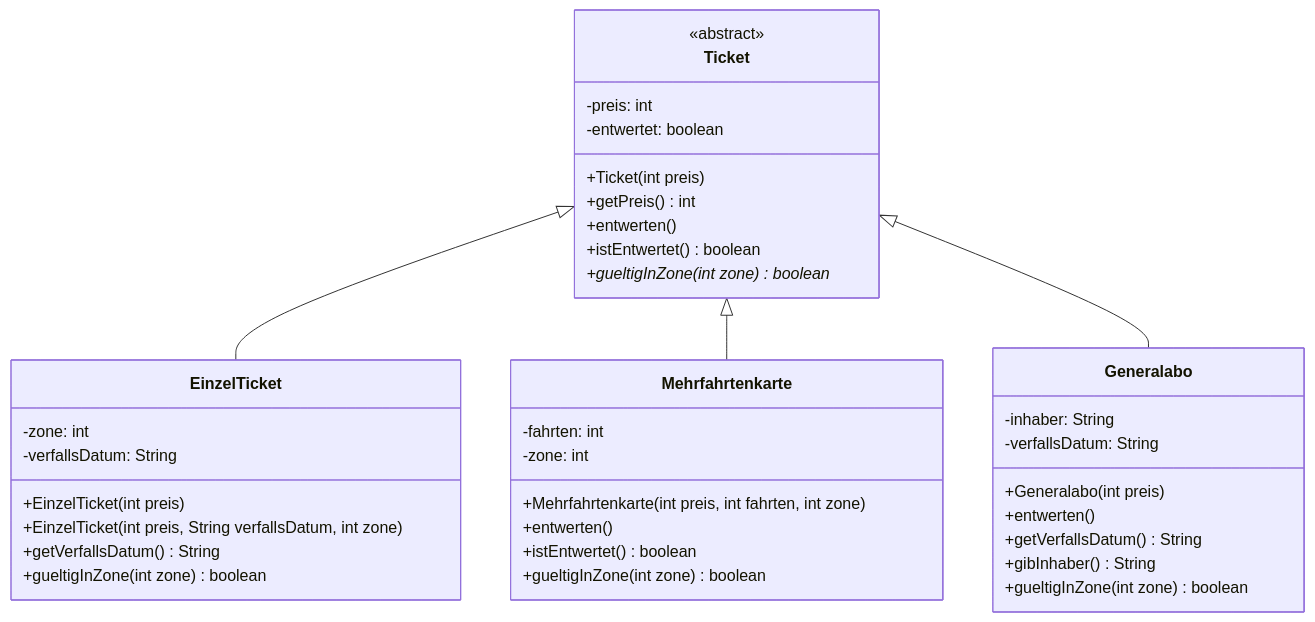
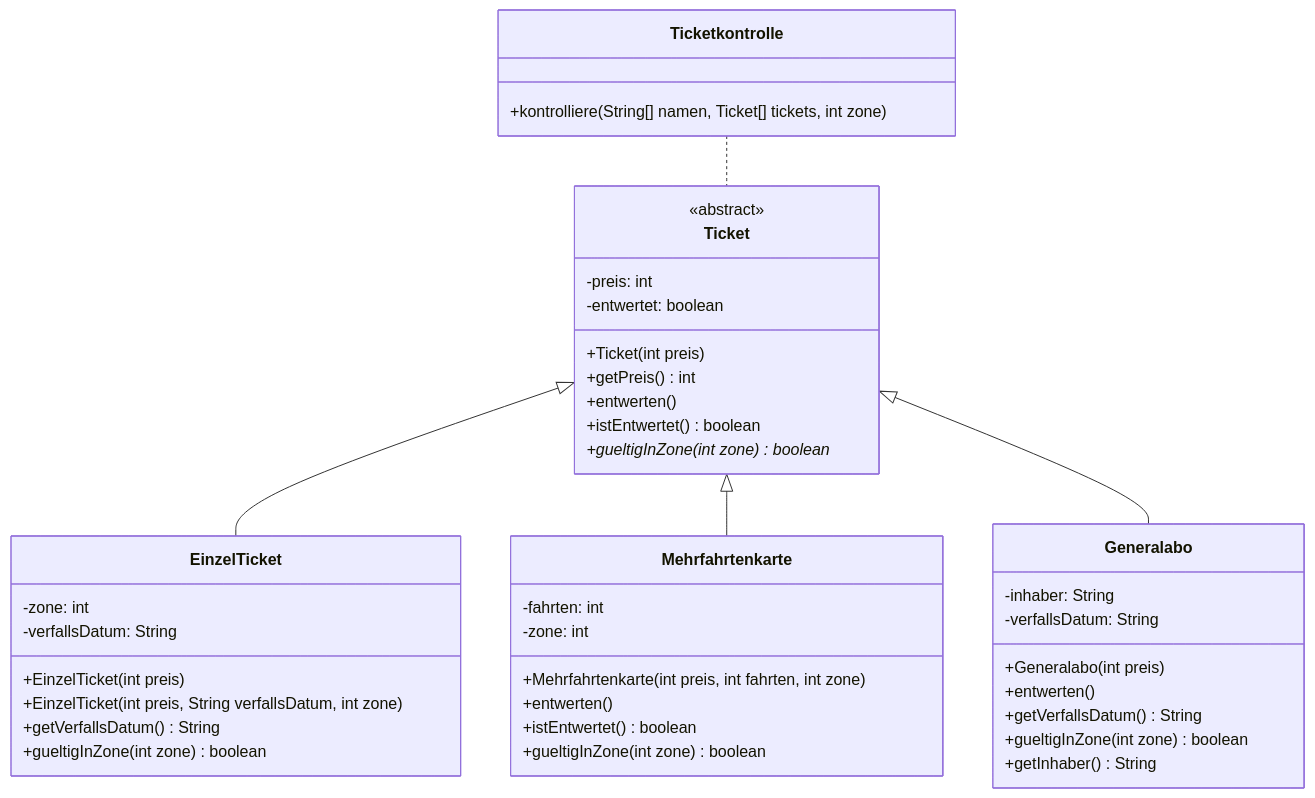
The diagram in src/net/bdweb/gds2/pr1_x280_x290_Vererbung/ab_uebungen_vererbung/aufgabe04/UML.md (bdwebnet/pr1), drawn with Mermaid before and after one commit. The commit also changed 7 other files, not shown here.

````diff
--- a/src/net/bdweb/gds2/pr1_x280_x290_Vererbung/ab_uebungen_vererbung/aufgabe04/UML.md
+++ b/src/net/bdweb/gds2/pr1_x280_x290_Vererbung/ab_uebungen_vererbung/aufgabe04/UML.md
@@ -3,47 +3,53 @@
 ```mermaid
 classDiagram
 
 class Ticket {
     -preis: int
     -entwertet: boolean
     +Ticket(int preis)
     +getPreis() int
     +entwerten()
     +istEntwertet() boolean
     +gueltigInZone(int zone)* boolean
 }
 
 class EinzelTicket {
     -zone: int
     -verfallsDatum: String
     +EinzelTicket(int preis)
     +EinzelTicket(int preis, String verfallsDatum, int zone)
     +getVerfallsDatum() String
     +gueltigInZone(int zone) boolean
 }
 
 class Mehrfahrtenkarte {
     -fahrten: int
     -zone: int
     +Mehrfahrtenkarte(int preis, int fahrten, int zone)
     +entwerten()
     +istEntwertet() boolean
     +gueltigInZone(int zone) boolean
 }
 
 class Generalabo {
     -inhaber: String
     -verfallsDatum: String
     +Generalabo(int preis)
     +entwerten()
     +getVerfallsDatum() String
-    +gibInhaber() String
     +gueltigInZone(int zone) boolean
+    +getInhaber() String
+}
+
+class Ticketkontrolle {
+    +kontrolliere(String[] namen, Ticket[] tickets, int zone)
 }
 
 <<abstract>> Ticket
 
 Ticket <|-- EinzelTicket
 Ticket <|-- Mehrfahrtenkarte
 Ticket <|-- Generalabo
+
+Ticketkontrolle .. Ticket
 ```
````
